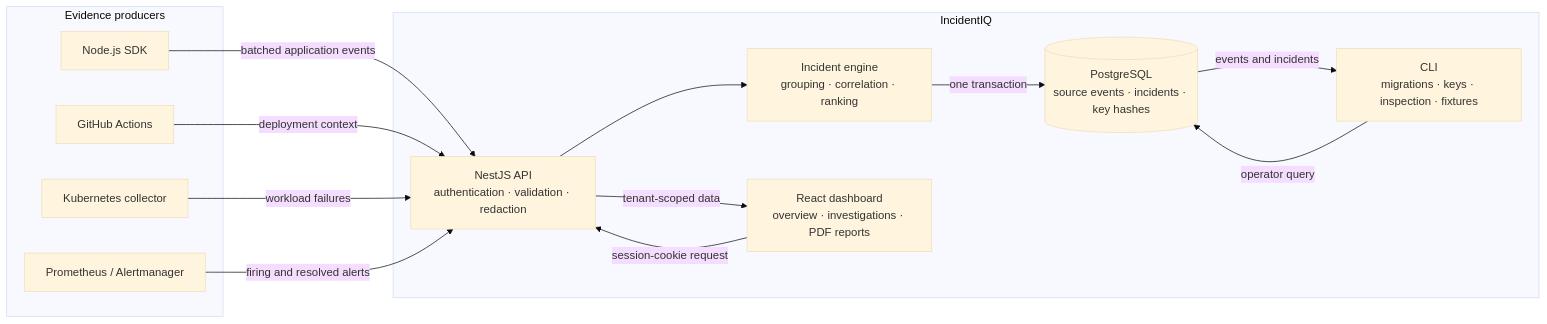
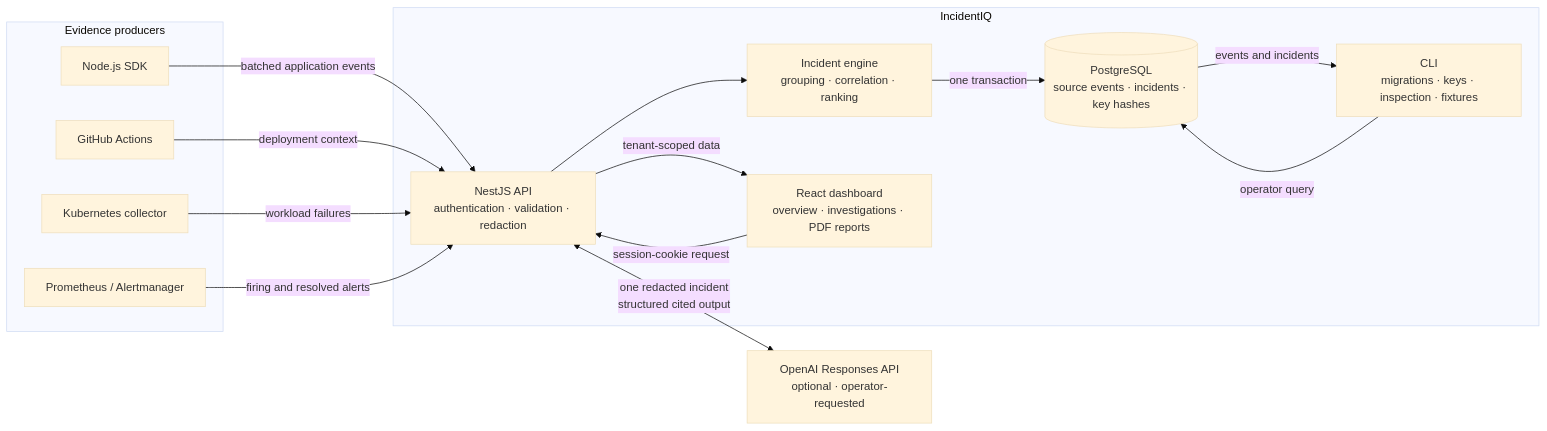
Before and after one commit to Shreyanshi200/IncidentIQ: the diagram in docs/architecture.md, drawn with Mermaid (base theme). The commit also changed other lines of this file and 33 other files, not shown here.

````diff
--- a/docs/architecture.md
+++ b/docs/architecture.md
@@ -7,28 +7,31 @@
 ```mermaid
 flowchart LR
   subgraph Producers[Evidence producers]
     SDK[Node.js SDK]
     GHA[GitHub Actions]
     K8S[Kubernetes collector]
     AM[Prometheus / Alertmanager]
   end
 
   subgraph IncidentIQ[IncidentIQ]
     API[NestJS API<br/>authentication · validation · redaction]
     ENGINE[Incident engine<br/>grouping · correlation · ranking]
     DB[(PostgreSQL<br/>source events · incidents · key hashes)]
     DASH[React dashboard<br/>overview · investigations · PDF reports]
     CLI[CLI<br/>migrations · keys · inspection · fixtures]
   end
 
+  AI[OpenAI Responses API<br/>optional · operator-requested]
+
   SDK -->|batched application events| API
   GHA -->|deployment context| API
   K8S -->|workload failures| API
   AM -->|firing and resolved alerts| API
   API --> ENGINE
   ENGINE -->|one transaction| DB
   DASH -->|session-cookie request| API
   API -->|tenant-scoped data| DASH
+  API <-->|one redacted incident<br/>structured cited output| AI
   CLI -->|operator query| DB
   DB -->|events and incidents| CLI
 ```
````
